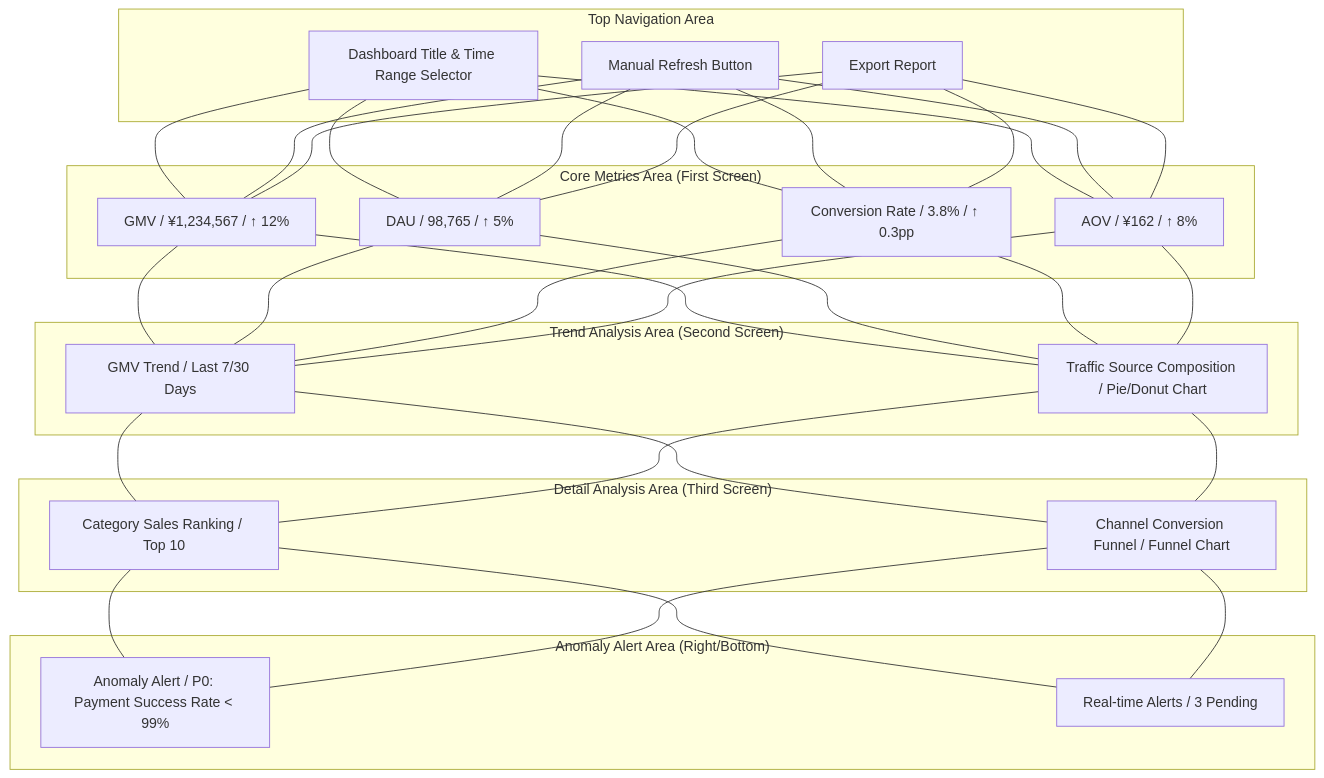
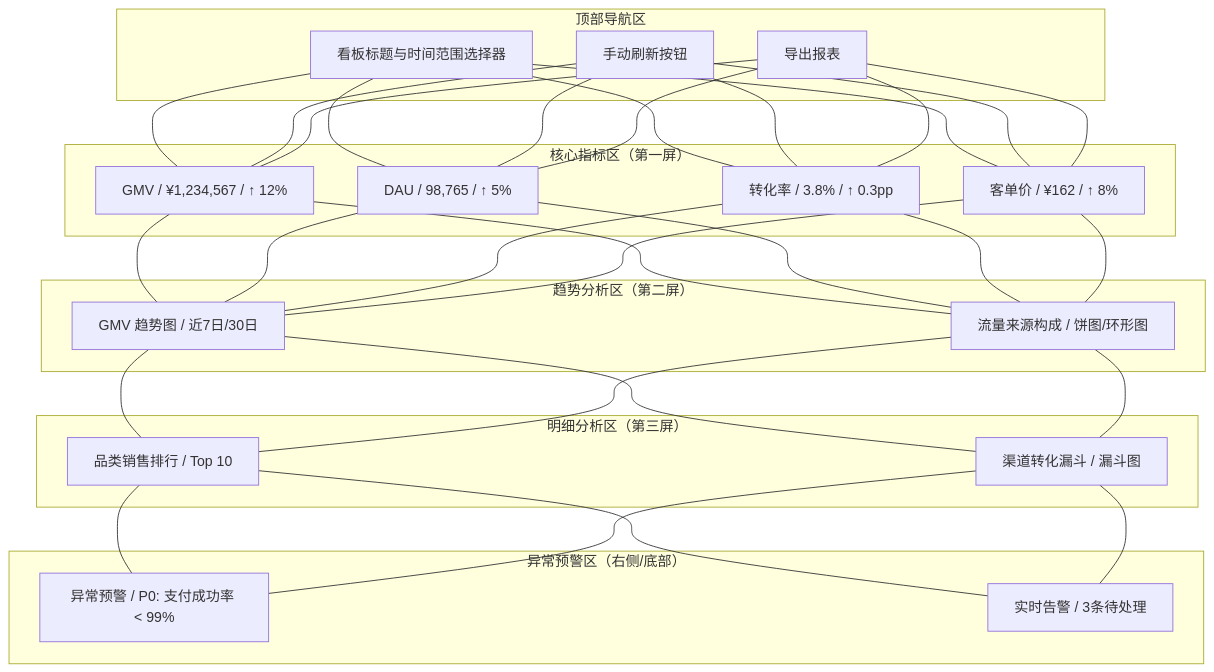
One commit to Kirky-X/cangjie changed the fourth of 9 diagrams in templates/Product/Operations/Template-Dashboard.md. Above: the diagram before and after it, drawn with Mermaid. The commit also changed other lines of this file and 33 other files, not shown here.

````diff
--- a/templates/Product/Operations/Template-Dashboard.md
+++ b/templates/Product/Operations/Template-Dashboard.md
@@ -168,37 +168,37 @@
 ```mermaid
 
 
 graph TB
-    subgraph "Top Navigation Area"
-        T1["Dashboard Title & Time Range Selector"]
-        T2["Manual Refresh Button"]
-        T3["Export Report"]
+    subgraph "顶部导航区"
+        T1["看板标题与时间范围选择器"]
+        T2["手动刷新按钮"]
+        T3["导出报表"]
     end
 
-    subgraph "Core Metrics Area (First Screen)"
+    subgraph "核心指标区（第一屏）"
         K1[GMV / ¥1,234,567 / ↑ 12%]
         K2[DAU / 98,765 / ↑ 5%]
-        K3["Conversion Rate / 3.8% / ↑ 0.3pp"]
-        K4["AOV / ¥162 / ↑ 8%"]
+        K3["转化率 / 3.8% / ↑ 0.3pp"]
+        K4["客单价 / ¥162 / ↑ 8%"]
     end
 
-    subgraph "Trend Analysis Area (Second Screen)"
-        TR1["GMV Trend / Last 7/30 Days"]
-        TR2["Traffic Source Composition / Pie/Donut Chart"]
+    subgraph "趋势分析区（第二屏）"
+        TR1["GMV 趋势图 / 近7日/30日"]
+        TR2["流量来源构成 / 饼图/环形图"]
     end
 
-    subgraph "Detail Analysis Area (Third Screen)"
-        D1["Category Sales Ranking / Top 10"]
-        D2["Channel Conversion Funnel / Funnel Chart"]
+    subgraph "明细分析区（第三屏）"
+        D1["品类销售排行 / Top 10"]
+        D2["渠道转化漏斗 / 漏斗图"]
     end
 
-    subgraph "Anomaly Alert Area (Right/Bottom)"
-        A1["Anomaly Alert / P0: Payment Success Rate < 99%"]
-        A2["Real-time Alerts / 3 Pending"]
+    subgraph "异常预警区（右侧/底部）"
+        A1["异常预警 / P0: 支付成功率 < 99%"]
+        A2["实时告警 / 3条待处理"]
     end
 
     T1 & T2 & T3 --- K1 & K2 & K3 & K4
     K1 & K2 & K3 & K4 --- TR1 & TR2
     TR1 & TR2 --- D1 & D2
     D1 & D2 --- A1 & A2
 ```
````
